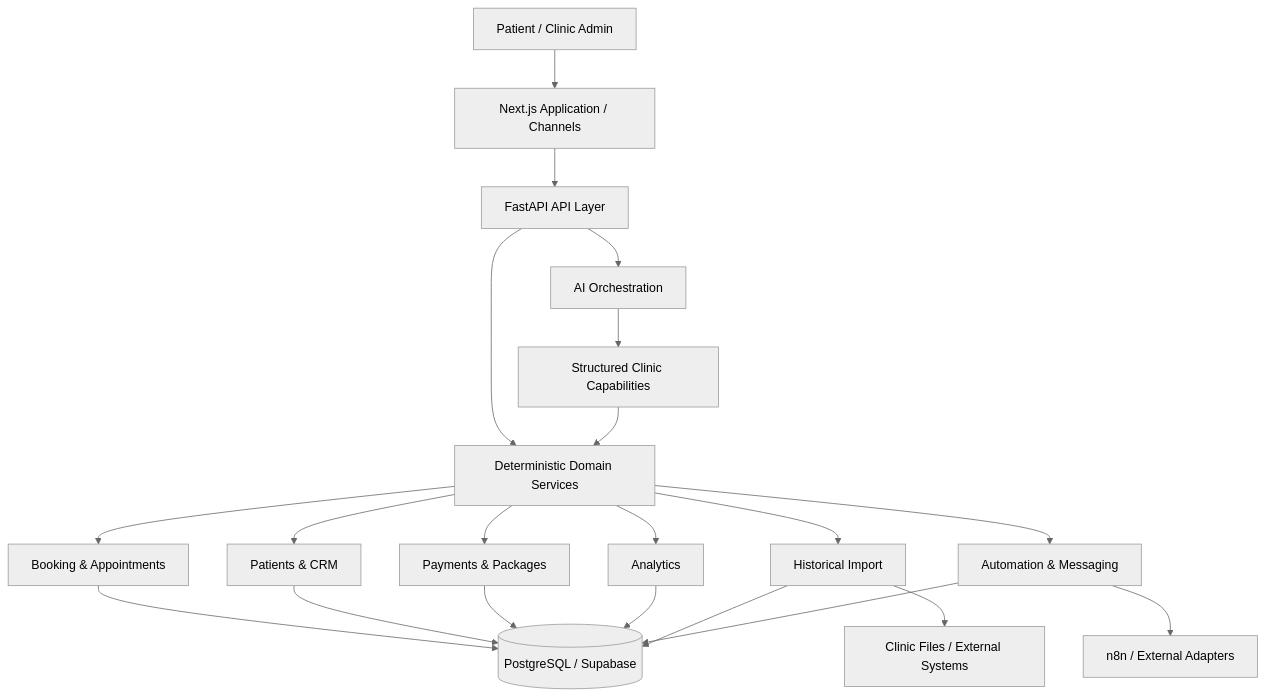
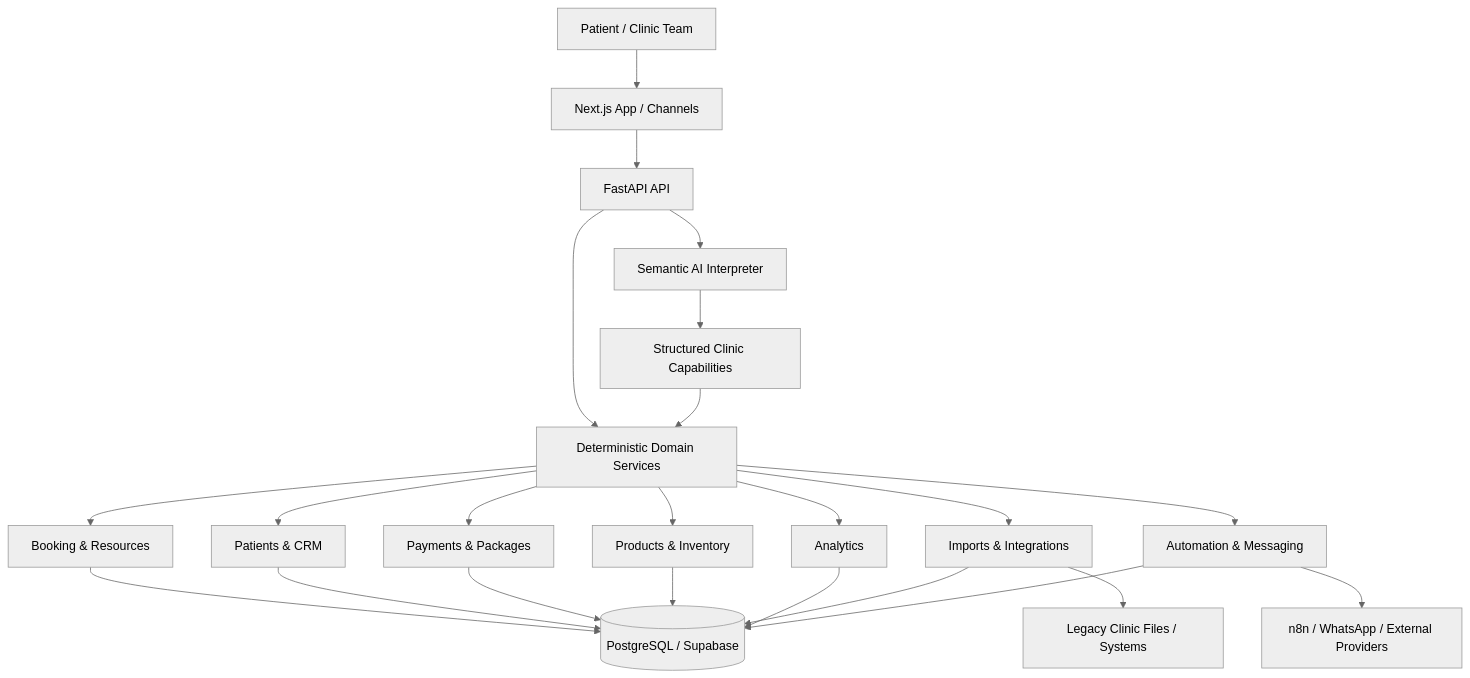
Before and after one commit to GirgesAdam/Tia_AI: the diagram in README.md, drawn with Mermaid (neutral theme). The commit also changed other lines of this file, not shown here.

````diff
--- a/README.md
+++ b/README.md
@@ -553,28 +166,30 @@
 ```mermaid
 flowchart TB
-    U[Patient / Clinic Admin] --> FE[Next.js Application / Channels]
-    FE --> API[FastAPI API Layer]
+    U[Patient / Clinic Team] --> FE[Next.js App / Channels]
+    FE --> API[FastAPI API]
 
-    API --> AI[AI Orchestration]
-    AI --> TOOLS[Structured Clinic Capabilities]
+    API --> AI[Semantic AI Interpreter]
+    AI --> CAP[Structured Clinic Capabilities]
 
     API --> DOMAIN[Deterministic Domain Services]
-    TOOLS --> DOMAIN
+    CAP --> DOMAIN
 
-    DOMAIN --> BOOKING[Booking & Appointments]
-    DOMAIN --> PATIENTS[Patients & CRM]
-    DOMAIN --> FINANCE[Payments & Packages]
-    DOMAIN --> ANALYTICS[Analytics]
-    DOMAIN --> IMPORTS[Historical Import]
+    DOMAIN --> BOOK[Booking & Resources]
+    DOMAIN --> CRM[Patients & CRM]
+    DOMAIN --> FIN[Payments & Packages]
+    DOMAIN --> INV[Products & Inventory]
+    DOMAIN --> ANA[Analytics]
+    DOMAIN --> IMP[Imports & Integrations]
     DOMAIN --> AUTO[Automation & Messaging]
 
-    BOOKING --> DB[(PostgreSQL / Supabase)]
-    PATIENTS --> DB
-    FINANCE --> DB
-    ANALYTICS --> DB
-    IMPORTS --> DB
+    BOOK --> DB[(PostgreSQL / Supabase)]
+    CRM --> DB
+    FIN --> DB
+    INV --> DB
+    ANA --> DB
+    IMP --> DB
     AUTO --> DB
 
-    AUTO --> EXT[n8n / External Adapters]
-    IMPORTS --> SOURCES[Clinic Files / External Systems]
+    AUTO --> EXT[n8n / WhatsApp / External Providers]
+    IMP --> SOURCES[Legacy Clinic Files / Systems]
 ```
````
